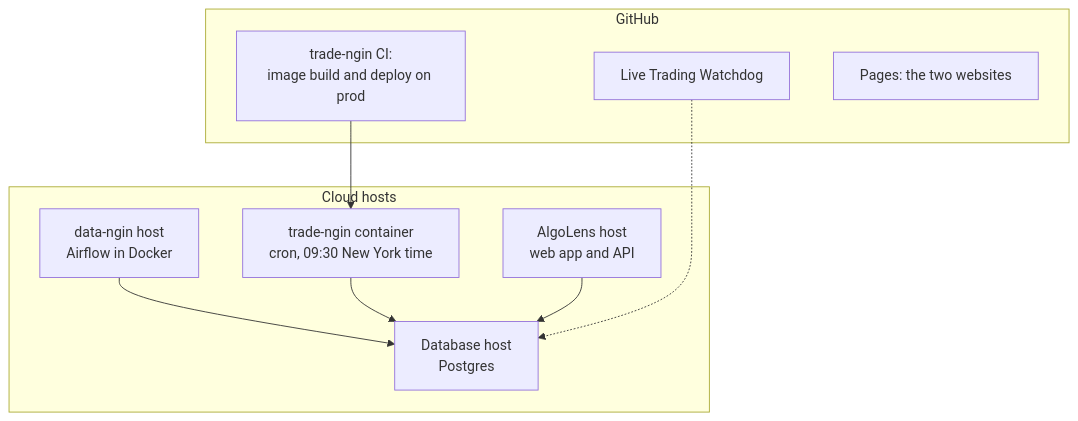
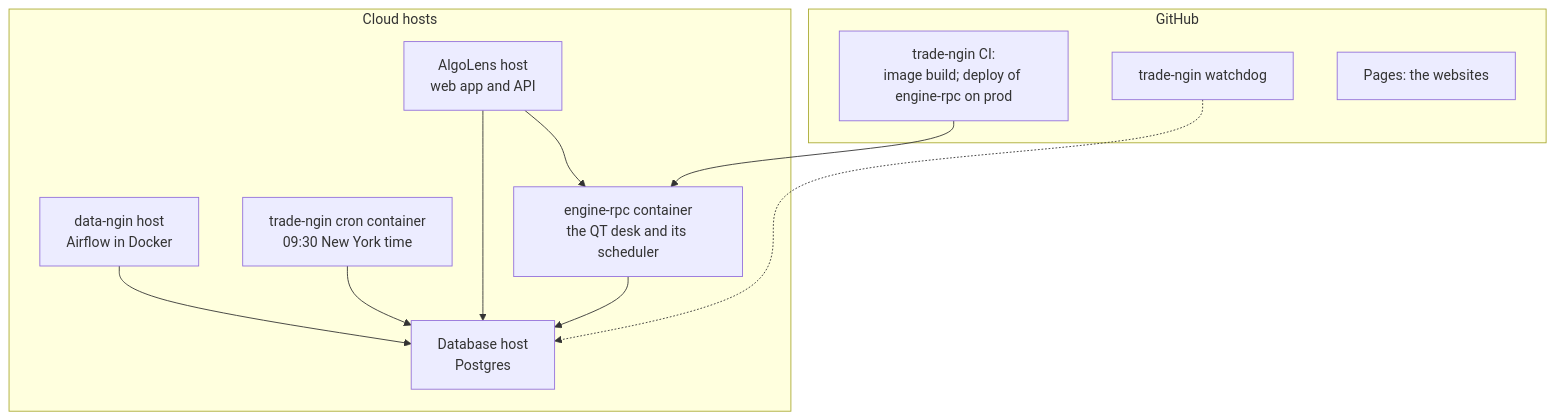
Before and after one commit to AlgoGators/algogators: the third of 3 diagrams in services/trade-ngin/docs/SYSTEM_ARCHITECTURE.md, drawn with Mermaid. The commit also changed other lines of this file and 48 other files, not shown here.

Commit message:
trade-ngin: add the knowledge docs and bring the reference docs up to date with main

````diff
--- a/services/trade-ngin/docs/SYSTEM_ARCHITECTURE.md
+++ b/services/trade-ngin/docs/SYSTEM_ARCHITECTURE.md
@@ -552,19 +683,22 @@
 ```mermaid
 flowchart TB
   subgraph cloud["Cloud hosts"]
     DBH["Database host<br/>Postgres"]
     AFH["data-ngin host<br/>Airflow in Docker"]
-    TNH["trade-ngin container<br/>cron, 09:30 New York time"]
+    TNH["trade-ngin cron container<br/>09:30 New York time"]
+    RPCH["engine-rpc container<br/>the QT desk and its scheduler"]
     ALH["AlgoLens host<br/>web app and API"]
   end
   subgraph gh["GitHub"]
-    CI["trade-ngin CI:<br/>image build and deploy on prod"]
-    W2["Live Trading Watchdog"]
-    PG["Pages: the two websites"]
+    CI["trade-ngin CI:<br/>image build; deploy of engine-rpc on prod"]
+    W2["trade-ngin watchdog"]
+    PG["Pages: the websites"]
   end
   AFH --> DBH
   TNH --> DBH
+  RPCH --> DBH
   ALH --> DBH
-  CI --> TNH
+  ALH --> RPCH
+  CI --> RPCH
   W2 -.-> DBH
 ```
````
